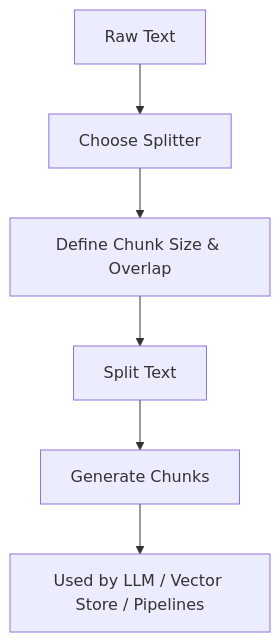
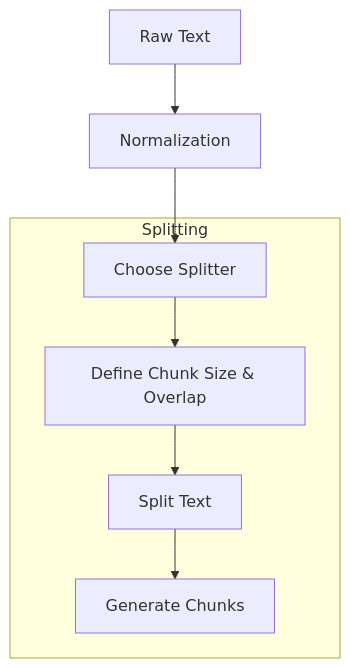
One commit to gil-son/llm-engineering-lab changed the second of 2 diagrams in 02-NLP-NLU-NLG-Comprehension/02-1-NLP-Processing-Language/02-1-2-Text-Splitting.md. Above: the diagram before and after it, drawn with Mermaid. The commit also changed other lines of this file, not shown here.

First line of the commit message:
docs: revise text splitting details in documentation

````diff
--- a/02-NLP-NLU-NLG-Comprehension/02-1-NLP-Processing-Language/02-1-2-Text-Splitting.md
+++ b/02-NLP-NLU-NLG-Comprehension/02-1-NLP-Processing-Language/02-1-2-Text-Splitting.md
@@ -62,8 +116,11 @@
-``` mermaid
+```mermaid
 graph TD
-    A[Raw Text] --> B[Choose Splitter]
-    B --> C[Define Chunk Size & Overlap]
-    C --> D[Split Text]
-    D --> E[Generate Chunks]
-    E --> F[Used by LLM / Vector Store / Pipelines]
+    A[Raw Text] --> B[Normalization]
+    B --> C[Choose Splitter]
+      %% ---------- Splitting ----------
+        subgraph Splitting
+        C --> D[Define Chunk Size & Overlap]
+      	D --> E[Split Text]
+      	E --> F[Generate Chunks]
+      end
 ```
````
